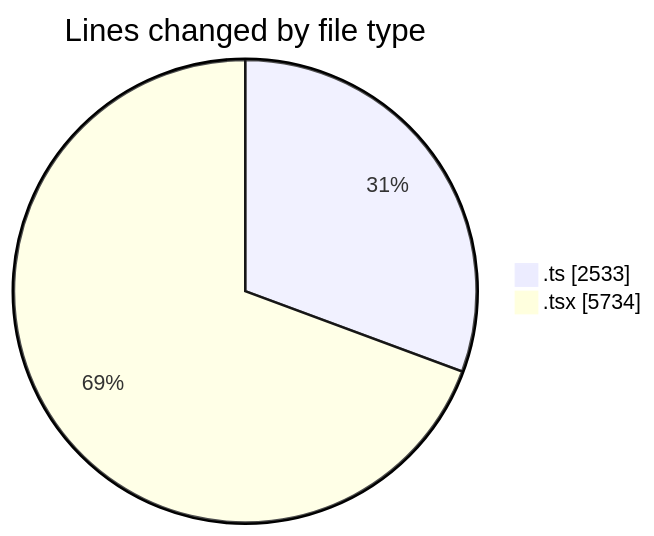
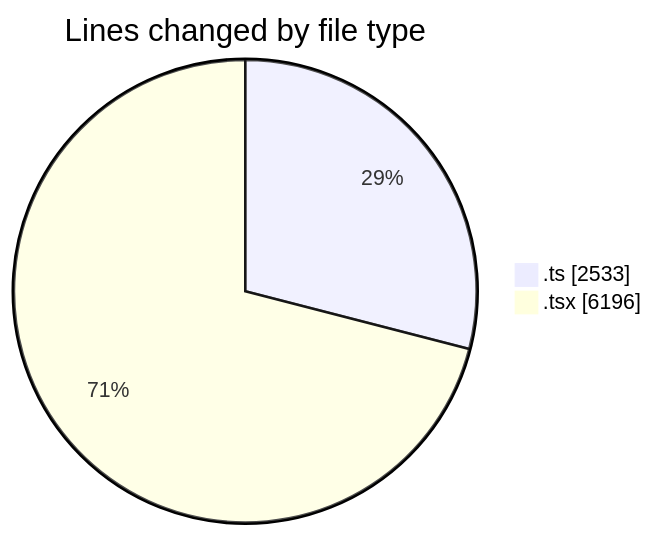
The first of 2 diagrams in 2025-07-01/cda/README.md (momahboobian/code-tracking), drawn with Mermaid before and after one commit. The commit also changed other lines of this file and 1 other file, not shown here.

````diff
--- a/2025-07-01/cda/README.md
+++ b/2025-07-01/cda/README.md
@@ -44,6 +44,6 @@
 ```mermaid
 pie showData
 title Lines changed by file type
 ".ts" : 2533
-".tsx" : 5734
+".tsx" : 6196
 ```
````
